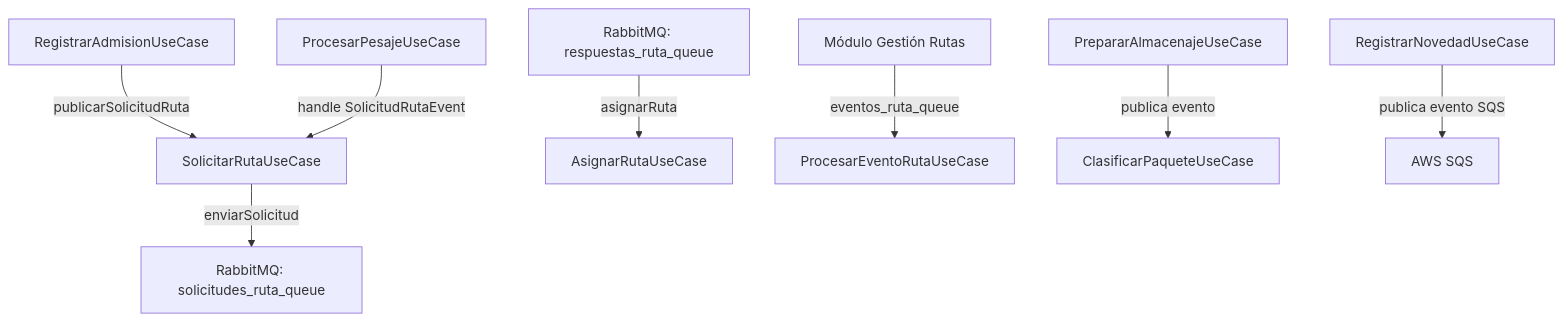
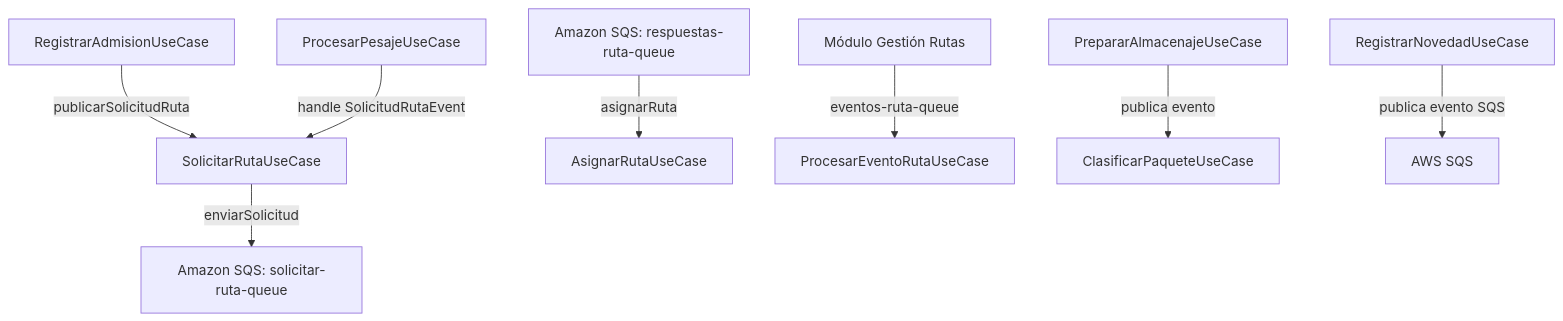
The diagram in Backend/Externo/Agent/Project/02-Application-UseCases.md (InsoftUnimag/20261LogisticsPackages), drawn with Mermaid before and after one commit. The commit also changed other lines of this file and 3 other files, not shown here.

First line of the commit message:
Chore(docs): Sustituye referencias de RabbitMQ por AWS SQS en documentación de agente

````diff
--- a/Backend/Externo/Agent/Project/02-Application-UseCases.md
+++ b/Backend/Externo/Agent/Project/02-Application-UseCases.md
@@ -170,10 +169,10 @@
 ```mermaid
 graph TD
     UC1[RegistrarAdmisionUseCase] -->|publicarSolicitudRuta| UC5[SolicitarRutaUseCase]
     UC2[ProcesarPesajeUseCase] -->|handle SolicitudRutaEvent| UC5
-    UC5 -->|enviarSolicitud| RUTA_QUEUE[RabbitMQ: solicitudes_ruta_queue]
-    RUTA_RESP[RabbitMQ: respuestas_ruta_queue] -->|asignarRuta| UC6[AsignarRutaUseCase]
-    MOD2[Módulo Gestión Rutas] -->|eventos_ruta_queue| UC9[ProcesarEventoRutaUseCase]
+    UC5 -->|enviarSolicitud| SQS_OUT[Amazon SQS: solicitar-ruta-queue]
+    SQS_IN[Amazon SQS: respuestas-ruta-queue] -->|asignarRuta| UC6[AsignarRutaUseCase]
+    MOD2[Módulo Gestión Rutas] -->|eventos-ruta-queue| UC9[ProcesarEventoRutaUseCase]
     UC4[PrepararAlmacenajeUseCase] -->|publica evento| UC3[ClasificarPaqueteUseCase]
     UC10[RegistrarNovedadUseCase] -->|publica evento SQS| SQS[AWS SQS]
 ```
````
